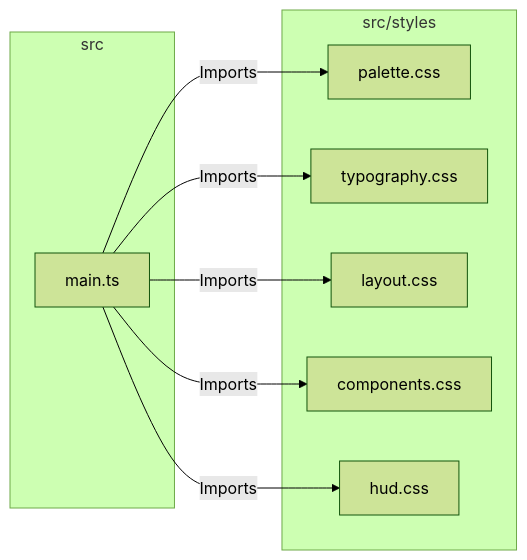
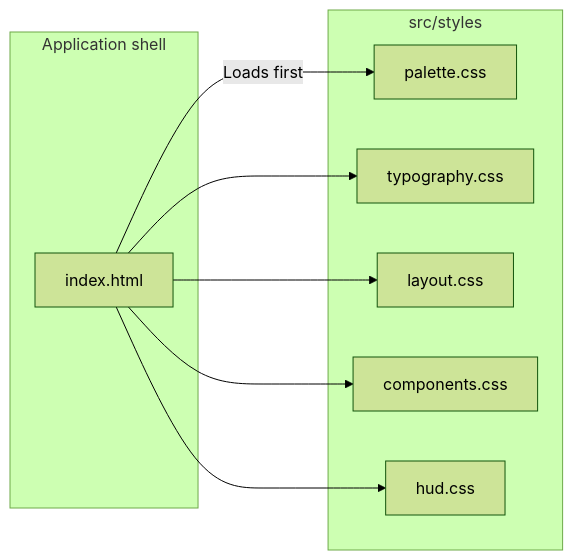
One commit to H1410101/raw_output changed the first of 2 diagrams in src/styles/_docs.md. Above: the diagram before and after it, drawn with Mermaid (forest theme). The commit also changed other lines of this file and 80 other files, not shown here.

````diff
--- a/src/styles/_docs.md
+++ b/src/styles/_docs.md
@@ -5,20 +5,20 @@
 ```mermaid
 graph LR
-    subgraph "src"
-        Main[main.ts]
+    subgraph "Application shell"
+        Index[index.html]
     end
 
     subgraph "src/styles"
         Palette[palette.css]
         Typography[typography.css]
         Layout[layout.css]
         Components[components.css]
         Hud[hud.css]
     end
 
-    Main -->|Imports| Palette
-    Main -->|Imports| Typography
-    Main -->|Imports| Layout
-    Main -->|Imports| Components
-    Main -->|Imports| Hud
+    Index -->|Loads first| Palette
+    Index --> Typography
+    Index --> Layout
+    Index --> Components
+    Index --> Hud
 ```
````
